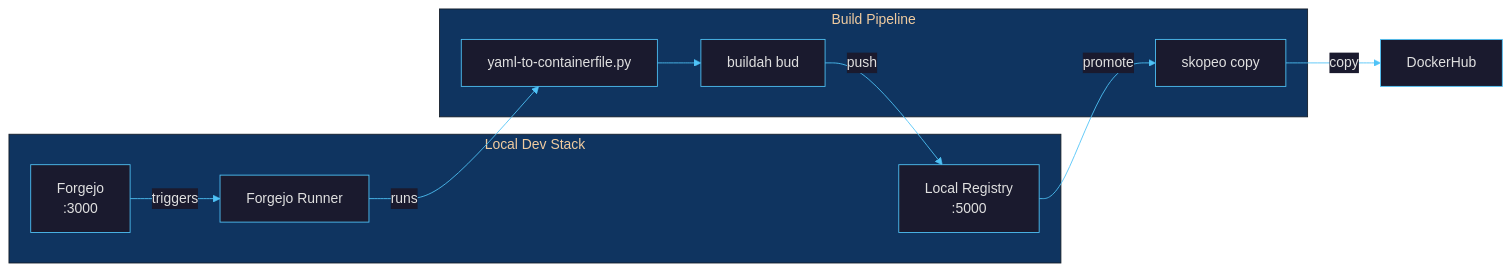
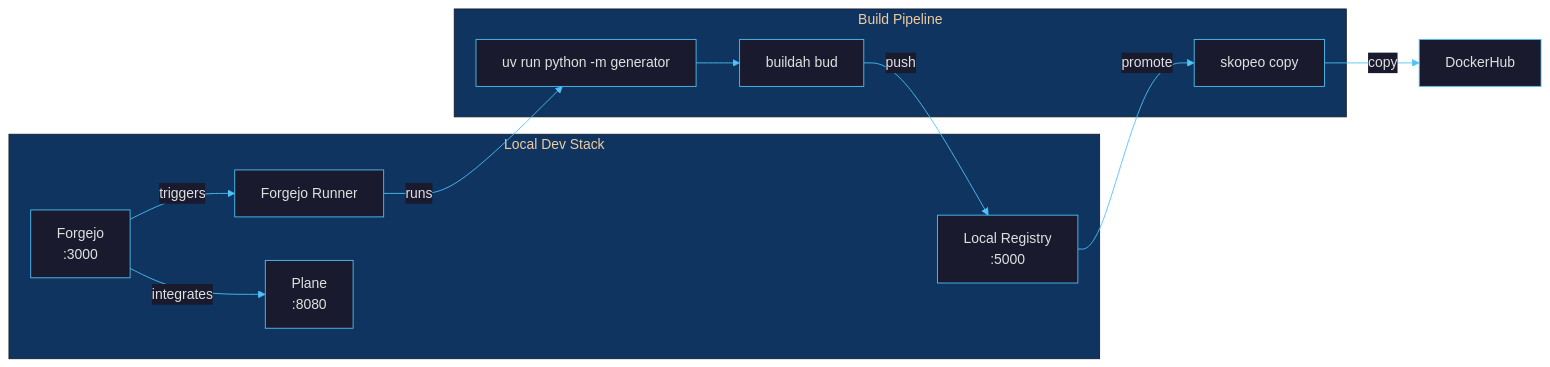
One commit to borninthedark/exousia changed the diagram in docs/local-build-pipeline.md. Above: the diagram before and after it, drawn with Mermaid. The commit also changed other lines of this file and 57 other files, not shown here.

````diff
--- a/docs/local-build-pipeline.md
+++ b/docs/local-build-pipeline.md
@@ -7,22 +7,24 @@
 ```mermaid
 %%{init: {'theme': 'base', 'themeVariables': {'primaryColor': '#1a1a2e', 'primaryTextColor': '#e0e0e0', 'primaryBorderColor': '#4fc3f7', 'lineColor': '#4fc3f7', 'secondaryColor': '#16213e', 'tertiaryColor': '#0f3460', 'edgeLabelBackground': '#1a1a2e'}}}%%
 graph LR
     subgraph LOCAL["Local Dev Stack"]
         FG["Forgejo<br/>:3000"]
         RN["Forgejo Runner"]
         REG["Local Registry<br/>:5000"]
+        PL["Plane<br/>:8080"]
     end
 
     subgraph BUILD["Build Pipeline"]
-        GEN["yaml-to-containerfile.py"]
+        GEN["uv run python -m generator"]
         BA["buildah bud"]
         SK["skopeo copy"]
     end
 
     FG -->|triggers| RN
+    FG -->|integrates| PL
     RN -->|runs| GEN
     GEN --> BA
     BA -->|push| REG
     REG -->|promote| SK
     SK -->|copy| DH["DockerHub"]
 ```
````
